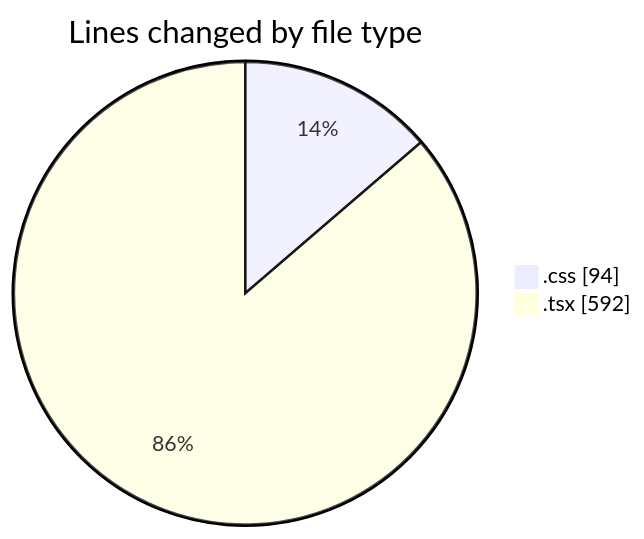
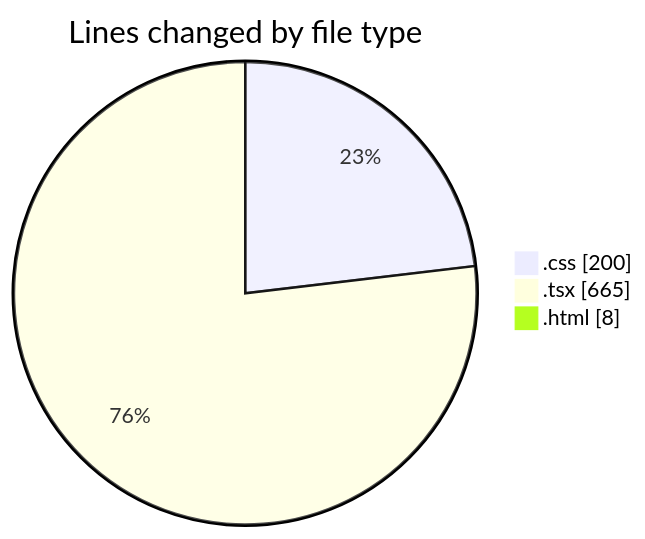
One commit to Elitesun/code-tracking changed the first of 2 diagrams in 2025-03-29/binarysec/README.md. Above: the diagram before and after it, drawn with Mermaid. The commit also changed other lines of this file and 1 other file, not shown here.

````diff
--- a/2025-03-29/binarysec/README.md
+++ b/2025-03-29/binarysec/README.md
@@ -26,6 +30,7 @@
 ```mermaid
 pie showData
 title Lines changed by file type
-".css" : 94
-".tsx" : 592
+".css" : 200
+".tsx" : 665
+".html" : 8
 ```
````
